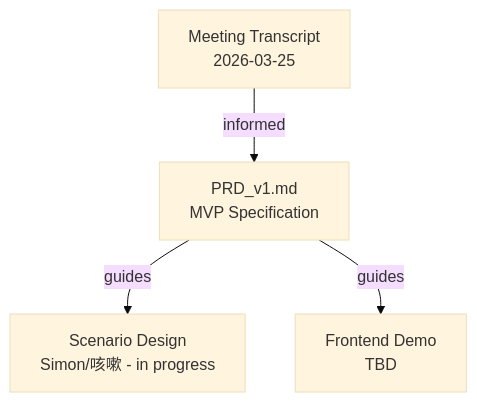
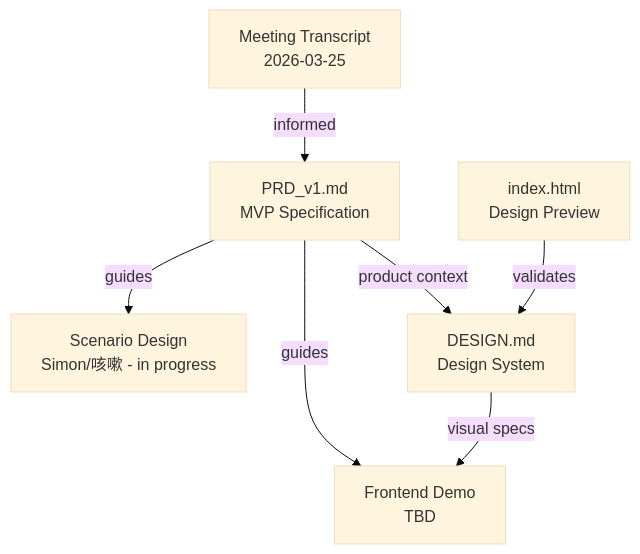
The diagram in index.md (paideia-ai/axiia-cup), drawn with Mermaid (base theme) before and after one commit. The commit also changed other lines of this file and 4 other files, not shown here.

First line of the commit message:
Add design system and interactive preview

````diff
--- a/index.md
+++ b/index.md
@@ -11,11 +13,14 @@
 ```mermaid
 graph TD
     PRD[PRD_v1.md<br/>MVP Specification]
     MEETING[Meeting Transcript<br/>2026-03-25]
     SCENARIO[Scenario Design<br/>Simon/咳嗽 - in progress]
     FRONTEND[Frontend Demo<br/>TBD]
 
     MEETING -->|informed| PRD
     PRD -->|guides| SCENARIO
     PRD -->|guides| FRONTEND
+    DESIGN[DESIGN.md<br/>Design System] -->|visual specs| FRONTEND
+    PRD -->|product context| DESIGN
+    PREVIEW[index.html<br/>Design Preview] -->|validates| DESIGN
 ```
````
